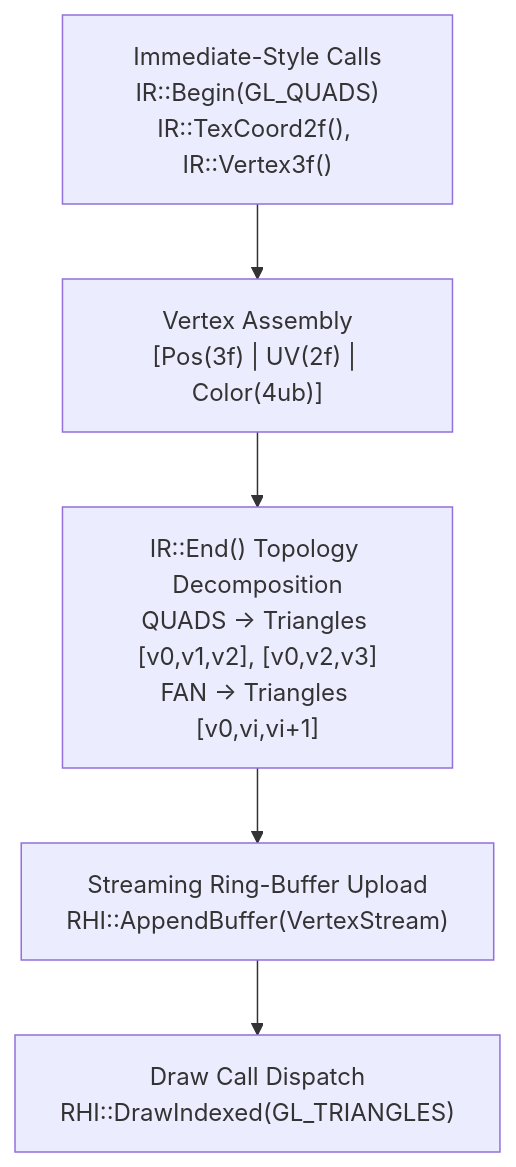
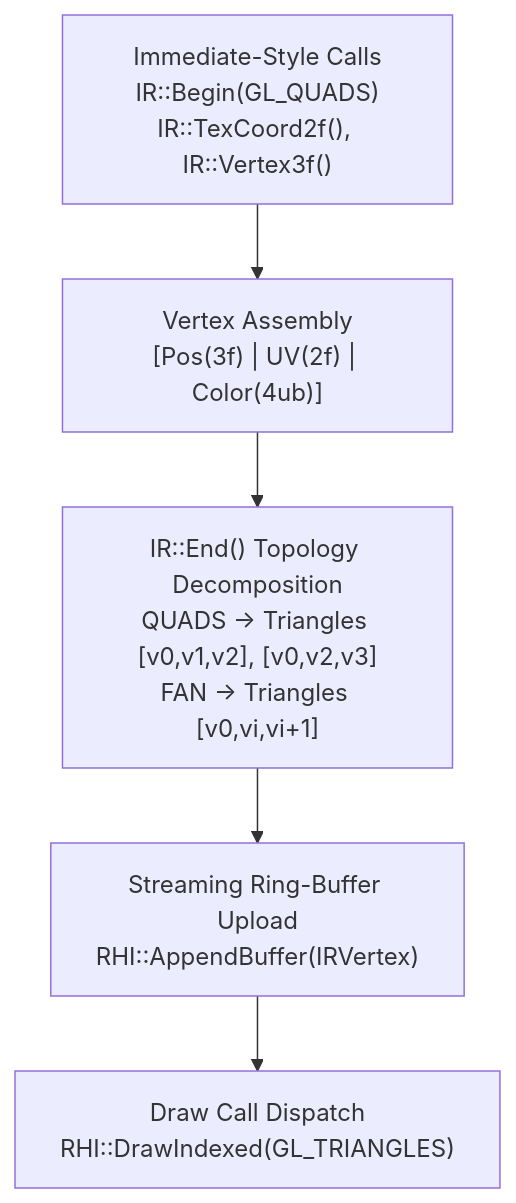
One commit to sven-n/MuMain changed the diagram in docs/GPU Skinning/immediate-renderer-architecture.md. Above: the diagram before and after it, drawn with Mermaid. The commit also changed other lines of this file and 3 other files, not shown here.

````diff
--- a/docs/GPU Skinning/immediate-renderer-architecture.md
+++ b/docs/GPU Skinning/immediate-renderer-architecture.md
@@ -15,7 +15,7 @@
 ```mermaid
 graph TD
     A["Immediate-Style Calls<br>IR::Begin(GL_QUADS)<br>IR::TexCoord2f(), IR::Vertex3f()"] --> B["Vertex Assembly<br>[Pos(3f) | UV(2f) | Color(4ub)]"]
     B --> C["IR::End() Topology Decomposition<br>QUADS -> Triangles [v0,v1,v2], [v0,v2,v3]<br>FAN -> Triangles [v0,vi,vi+1]"]
-    C --> D["Streaming Ring-Buffer Upload<br>RHI::AppendBuffer(VertexStream)"]
+    C --> D["Streaming Ring-Buffer Upload<br>RHI::AppendBuffer(IRVertex)"]
     D --> E["Draw Call Dispatch<br>RHI::DrawIndexed(GL_TRIANGLES)"]
 ```
````
